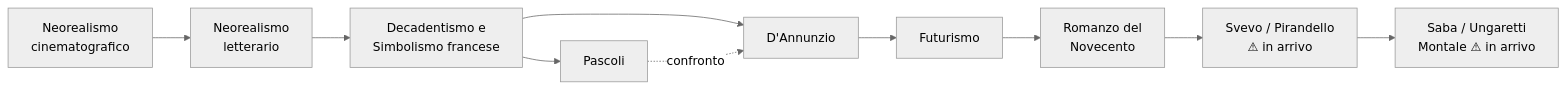
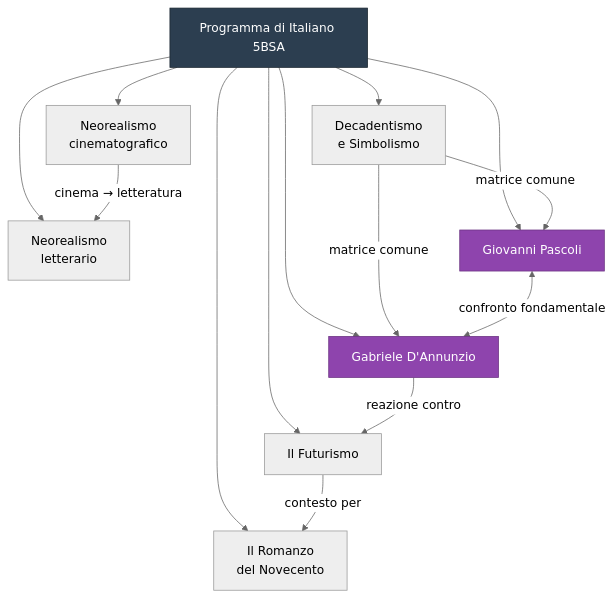
The diagram in italiano/INDICE.md (riccardo-algorime/appunti-5Bsa), drawn with Mermaid (neutral theme) before and after one commit. The commit also changed other lines of this file and 23 other files, not shown here.

````diff
--- a/italiano/INDICE.md
+++ b/italiano/INDICE.md
@@ -24,12 +25,21 @@
 ```mermaid
-flowchart LR
-    A[Neorealismo<br>cinematografico] --> B[Neorealismo<br>letterario]
-    B --> C[Decadentismo e<br>Simbolismo francese]
-    C --> D[Pascoli]
-    C --> E[D'Annunzio]
-    D -.->|confronto| E
-    E --> F[Futurismo]
-    F --> G[Romanzo del<br>Novecento]
-    G --> H[Svevo / Pirandello<br>⚠ in arrivo]
-    H --> I[Saba / Ungaretti<br>Montale ⚠ in arrivo]
+flowchart TD
+    A[Programma di Italiano 5BSA] --> B[Neorealismo<br/>cinematografico]
+    A --> C[Neorealismo<br/>letterario]
+    A --> D[Decadentismo<br/>e Simbolismo]
+    A --> E[Giovanni Pascoli]
+    A --> F[Gabriele D'Annunzio]
+    A --> G[Il Futurismo]
+    A --> H[Il Romanzo<br/>del Novecento]
+
+    D -->|"matrice comune"| E
+    D -->|"matrice comune"| F
+    E <-->|"confronto fondamentale"| F
+    F -->|"reazione contro"| G
+    G -->|"contesto per"| H
+    B -->|"cinema → letteratura"| C
+
+    style A fill:#2c3e50,stroke:#1a252f,color:#fff
+    style E fill:#8e44ad,stroke:#6c3483,color:#fff
+    style F fill:#8e44ad,stroke:#6c3483,color:#fff
 ```
````
